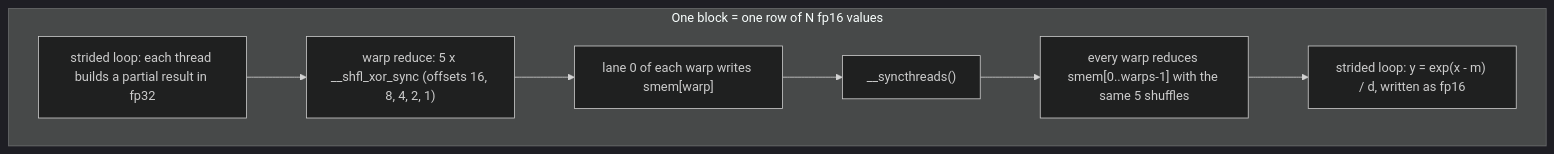
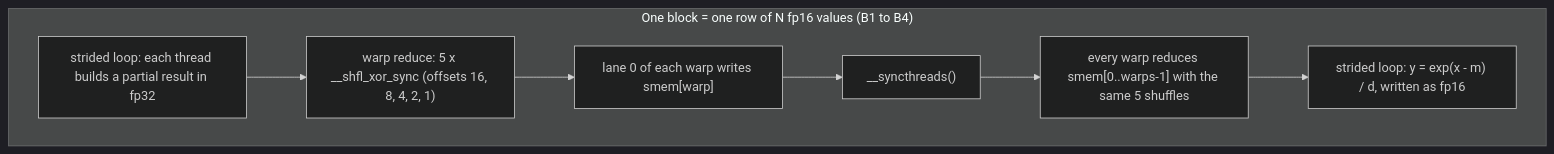
The second of 2 diagrams in README.md (Nischit290402/fused-online-softmax-cuda), drawn with Mermaid (dark theme) before and after one commit. The commit also changed other lines of this file and 17 other files, not shown here.

````diff
--- a/README.md
+++ b/README.md
@@ -70,12 +81,12 @@
 ```mermaid
 flowchart TB
-    subgraph ONE["One block = one row of N fp16 values"]
+    subgraph ONE["One block = one row of N fp16 values (B1 to B4)"]
         L1["strided loop: each thread builds a partial result in fp32"]
         W["warp reduce: 5 x __shfl_xor_sync (offsets 16, 8, 4, 2, 1)"]
         S["lane 0 of each warp writes smem[warp]"]
         SY["__syncthreads()"]
         W2["every warp reduces smem[0..warps-1] with the same 5 shuffles"]
         L2["strided loop: y = exp(x - m) / d, written as fp16"]
         L1 --> W --> S --> SY --> W2 --> L2
     end
 ```
````
